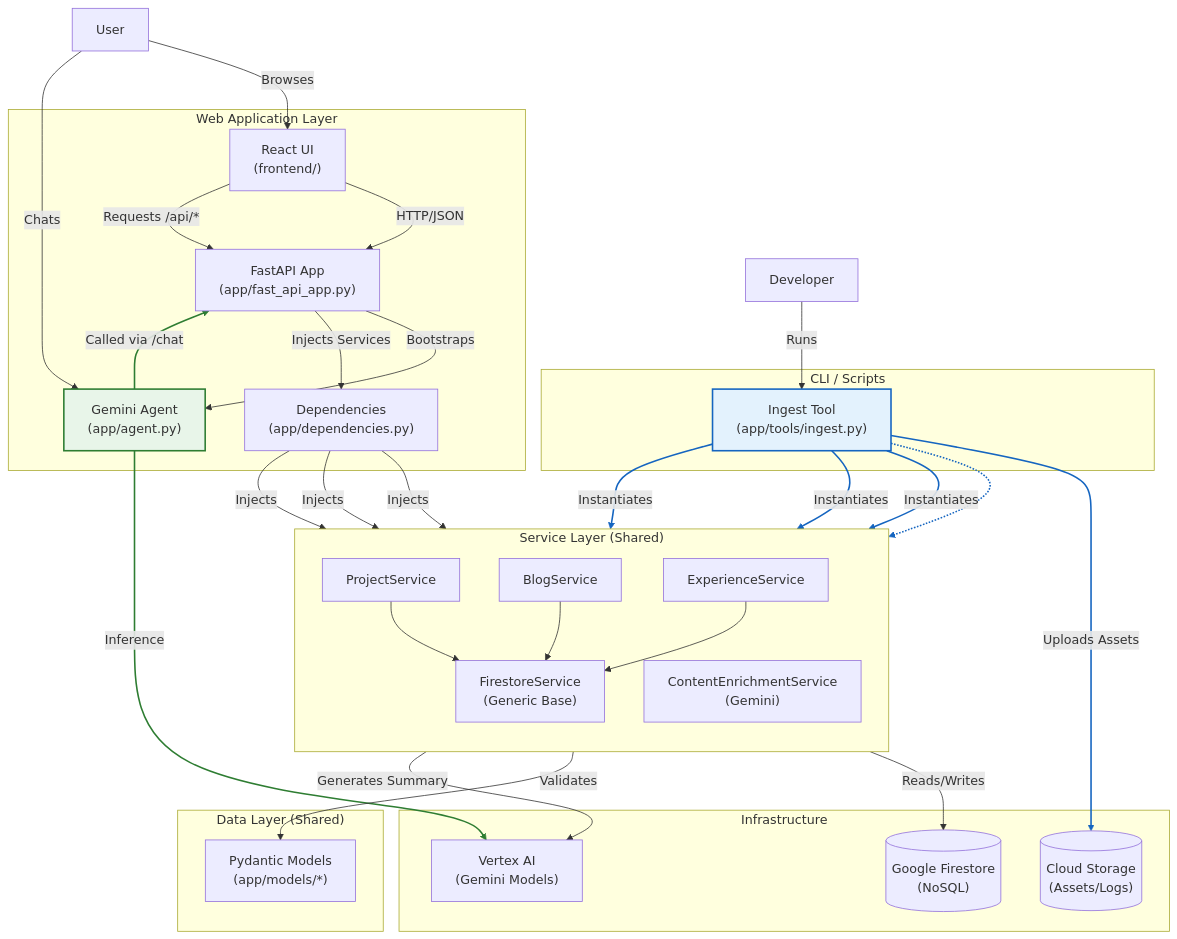
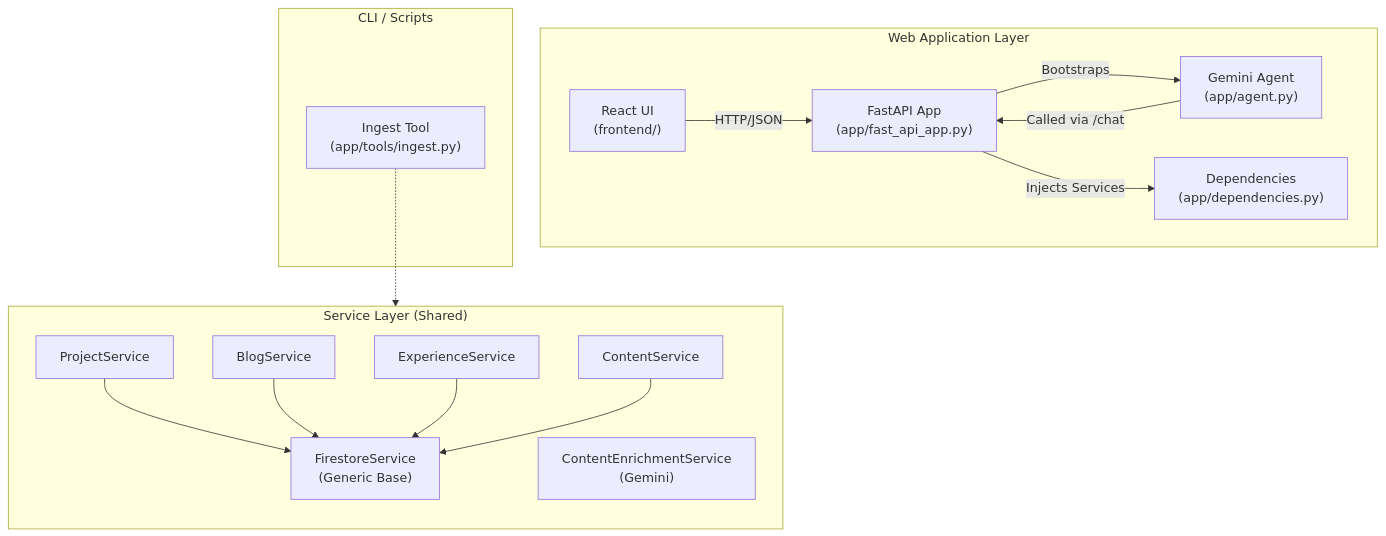
The first of 2 diagrams in docs/design-and-walkthrough.md (derailed-dash/dazbo-portfolio), drawn with Mermaid before and after one commit. The commit also changed other lines of this file, not shown here.

Commit message:
docs(conductor): Update design docs with Content model schema and architecture

````diff
--- a/docs/design-and-walkthrough.md
+++ b/docs/design-and-walkthrough.md
@@ -186,80 +196,34 @@
 ```mermaid
 graph TD
     subgraph "Web Application Layer"
         API["FastAPI App<br/>(app/fast_api_app.py)"]
         Frontend["React UI<br/>(frontend/)"]
         Agent["Gemini Agent<br/>(app/agent.py)"]
         Dep["Dependencies<br/>(app/dependencies.py)"]
         
         Frontend -- "HTTP/JSON" --> API
         API -- "Bootstraps" --> Agent
         API -- "Injects Services" --> Dep
         Agent -- "Called via /chat" --> API
     end
 
     subgraph "CLI / Scripts"
         CLI["Ingest Tool<br/>(app/tools/ingest.py)"]
     end
 
     subgraph "Service Layer (Shared)"
         direction TB
         PS["ProjectService"]
         BS["BlogService"]
         ES["ExperienceService"]
+        CS["ContentService"]
         FS["FirestoreService<br/>(Generic Base)"]
         CES["ContentEnrichmentService<br/>(Gemini)"]
         
         PS --> FS
         BS --> FS
         ES --> FS
+        CS --> FS
         CLI -.-> CES
     end
-
-    subgraph "Data Layer (Shared)"
-        Models["Pydantic Models<br/>(app/models/*)"]
-    end
-
-    subgraph "Infrastructure"
-        Firestore[("Google Firestore<br/>(NoSQL)")]
-        GCS[("Cloud Storage<br/>(Assets/Logs)")]
-        Vertex["Vertex AI<br/>(Gemini Models)"]
-    end
-
-    %% Relationships
-    Dep -->|Injects| PS
-    Dep -->|Injects| BS
-    Dep -->|Injects| ES
-    
-    CLI -->|Instantiates| PS
-    CLI -->|Instantiates| BS
-    CLI -->|Instantiates| ES
-    
-    FS -->|Reads/Writes| Firestore
-    FS -->|Validates| Models
-    
-    CES -->|Generates Summary| Vertex
-    Agent -->|Inference| Vertex
-    
-    %% User Interactions
-    User["User"] -->|Browses| Frontend
-    Frontend -->|Requests /api/*| API
-    User -->|Chats| Agent
-    
-    %% Ingestion Flow
-    Dev["Developer"] -->|Runs| CLI
-    CLI -->|Uploads Assets| GCS
-
-    %% Styles
-    %% Styles
-    classDef ingest fill:#e3f2fd,stroke:#1565c0,stroke-width:2px;
-    classDef agent fill:#e8f5e9,stroke:#2e7d32,stroke-width:2px;
-    
-    class CLI ingest;
-    class Agent agent;
-    
-    %% Style Ingest Tool Arrows (Blue)
-    linkStyle 7,11,12,13,22 stroke:#1565c0,stroke-width:2px;
-    
-    %% Style Agent Arrows (Green)
-    linkStyle 3,17 stroke:#2e7d32,stroke-width:2px;
 ```
````
